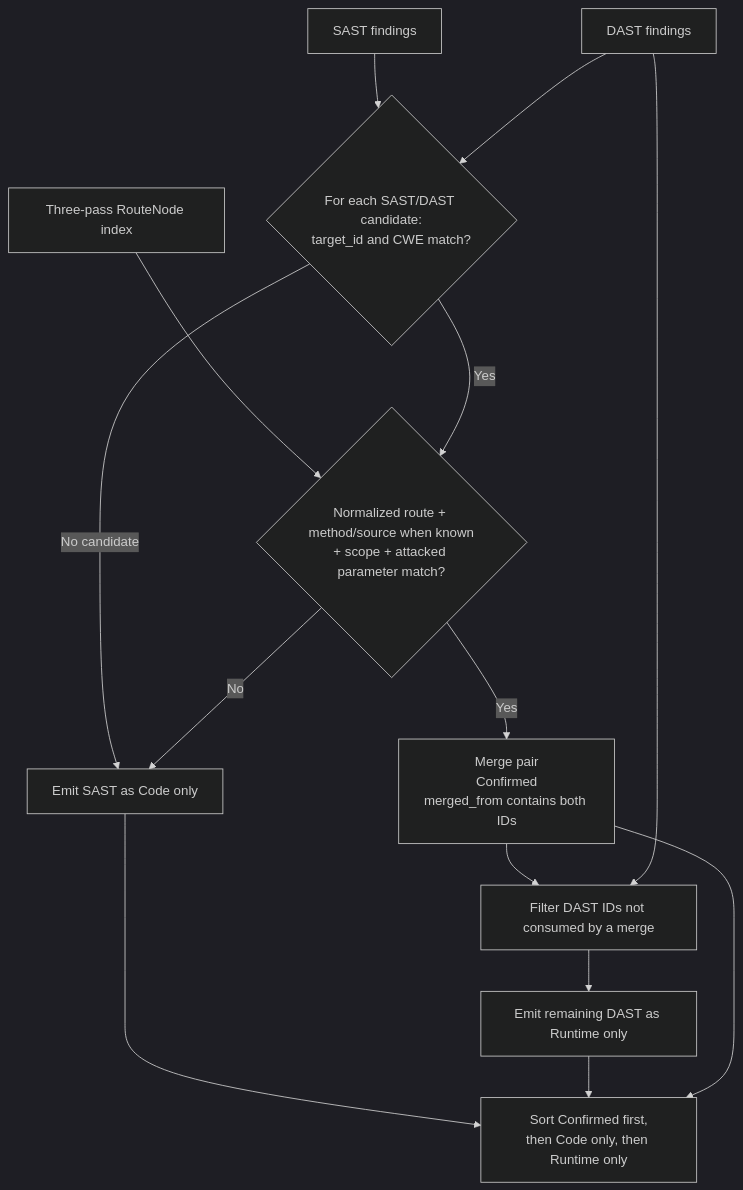
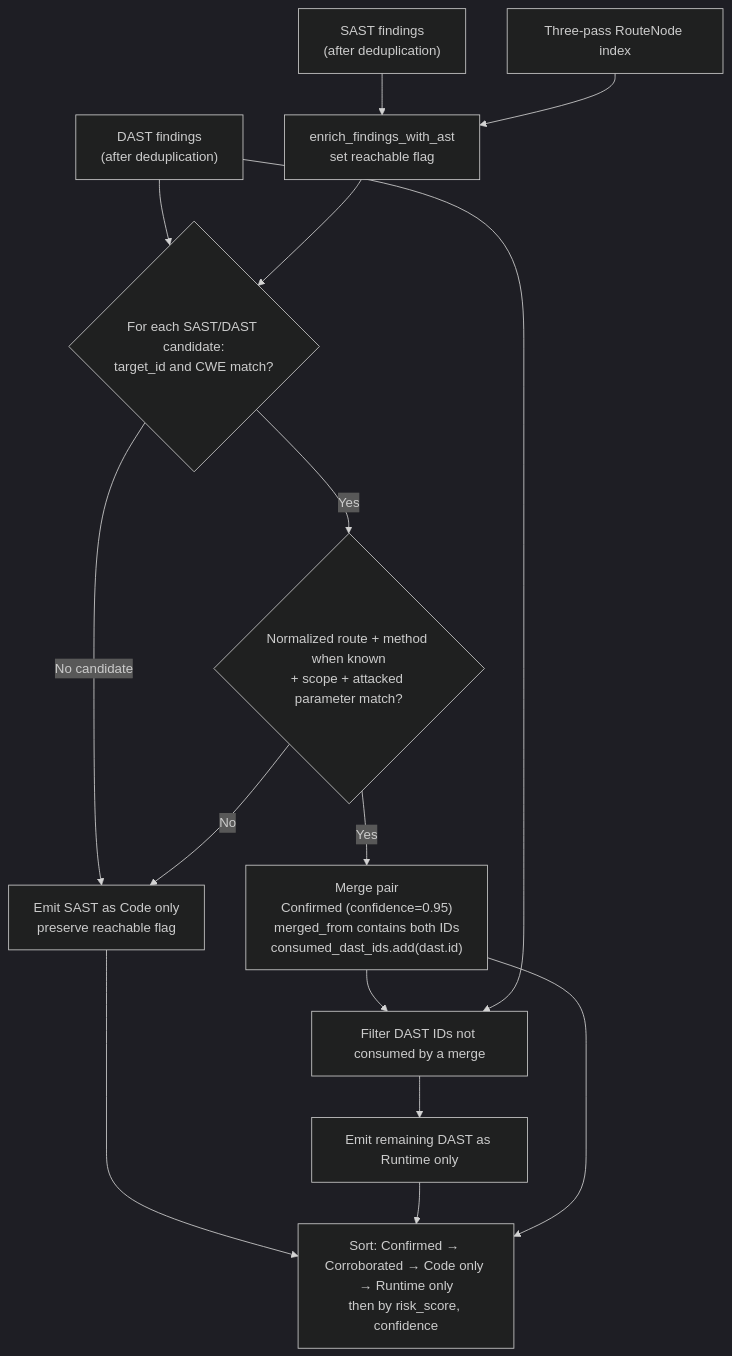
One commit to Halcyora/mitigata changed the second of 4 diagrams in HACKATHON/docs/P06-SAST-DAST-Correlation-Engine.md. Above: the diagram before and after it, drawn with Mermaid (dark theme). The commit also changed other lines of this file, not shown here.

Commit message:
Implement code changes to enhance functionality and improve performance

````diff
--- a/HACKATHON/docs/P06-SAST-DAST-Correlation-Engine.md
+++ b/HACKATHON/docs/P06-SAST-DAST-Correlation-Engine.md
@@ -154,24 +149,26 @@
 ```mermaid
 flowchart TD
-    SAST["SAST findings"]
-    DAST["DAST findings"]
+    SAST["SAST findings\n(after deduplication)"]
+    DAST["DAST findings\n(after deduplication)"]
     ROUTES["Three-pass RouteNode index"]
+    ENRICH["enrich_findings_with_ast\nset reachable flag"]
     CANDIDATE{"For each SAST/DAST candidate:\ntarget_id and CWE match?"}
-    GATE{"Normalized route + method/source when known\n+ scope + attacked parameter match?"}
-    MERGE["Merge pair\nConfirmed\nmerged_from contains both IDs"]
-    SAST_ONLY["Emit SAST as Code only"]
+    GATE{"Normalized route + method when known\n+ scope + attacked parameter match?"}
+    MERGE["Merge pair\nConfirmed (confidence=0.95)\nmerged_from contains both IDs\nconsumed_dast_ids.add(dast.id)"]
+    SAST_ONLY["Emit SAST as Code only\npreserve reachable flag"]
     LEFT["Filter DAST IDs not consumed by a merge"]
     DAST_ONLY["Emit remaining DAST as Runtime only"]
-    SORT["Sort Confirmed first,\nthen Code only, then Runtime only"]
+    SORT["Sort: Confirmed → Corroborated → Code only → Runtime only\nthen by risk_score, confidence"]
 
-    SAST --> CANDIDATE
+    SAST --> ENRICH
     DAST --> CANDIDATE
-    ROUTES --> GATE
+    ROUTES --> ENRICH
+    ENRICH --> CANDIDATE
     CANDIDATE -->|Yes| GATE
     CANDIDATE -->|No candidate| SAST_ONLY --> SORT
     GATE -->|Yes| MERGE --> LEFT
     GATE -->|No| SAST_ONLY
     DAST --> LEFT
     LEFT --> DAST_ONLY --> SORT
     MERGE --> SORT
 ```
````
